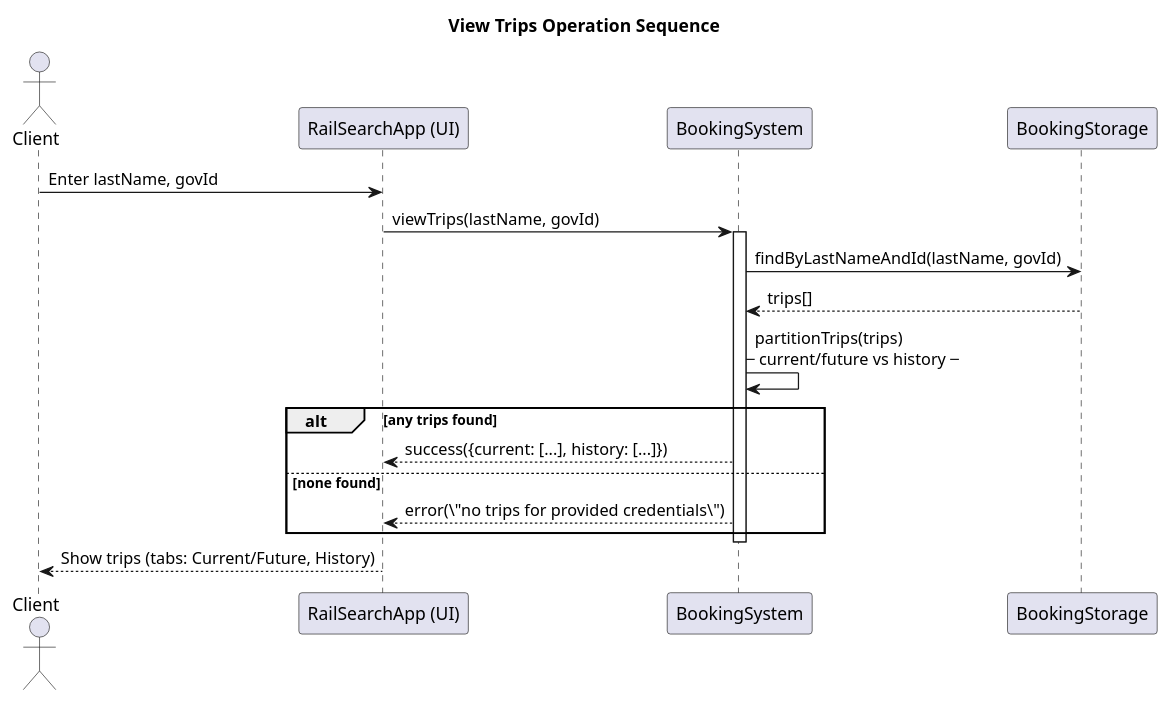
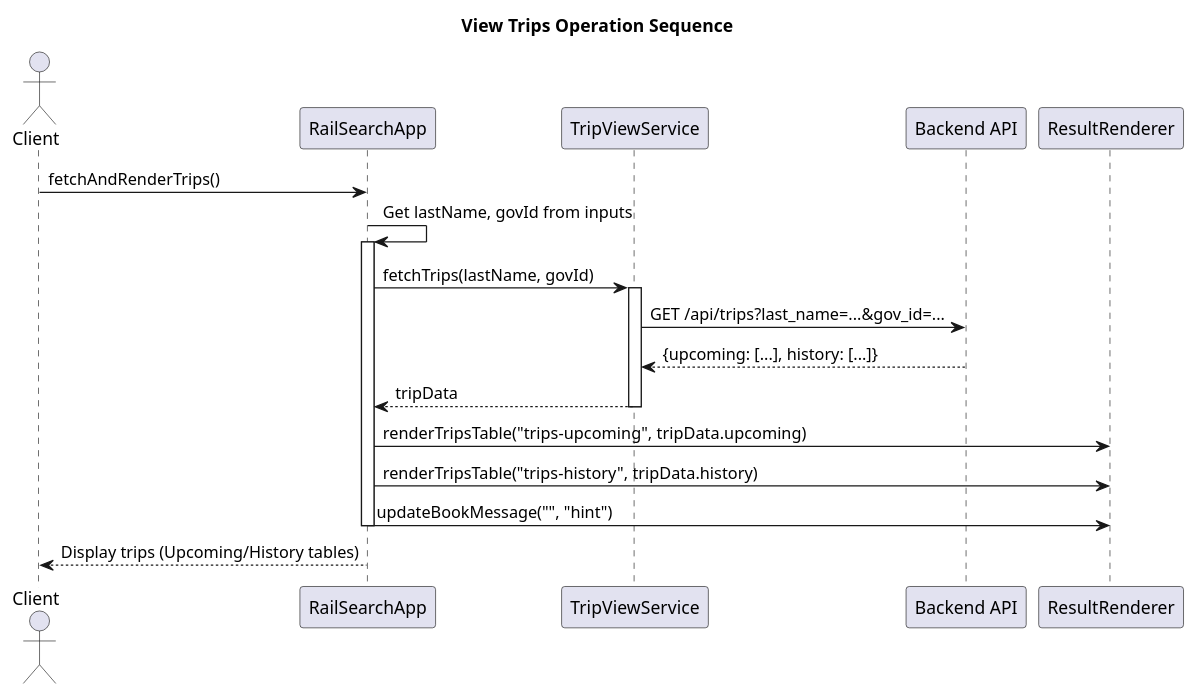
The diagram in docs/PlantUMLCode/viewTrips.puml (nicolas-zampieri/SOEN342), drawn with PlantUML before and after one commit. The commit also changed 800 other files, not shown here.

First line of the commit message:
Update system operation diagrams and PlantUML files

```diff
--- a/docs/PlantUMLCode/viewTrips.puml
+++ b/docs/PlantUMLCode/viewTrips.puml
@@ -1,26 +1,28 @@
 @startuml viewtrips
 title View Trips Operation Sequence  
 
 actor Client
-participant "RailSearchApp (UI)" as UI
-participant "BookingSystem" as BS
-participant "BookingStorage" as DB
+participant "RailSearchApp" as App
+participant "TripViewService" as TripSvc
+participant "Backend API" as API
+participant "ResultRenderer" as R
 
-Client -> UI: Enter lastName, govId
-UI -> BS: viewTrips(lastName, govId)
+Client -> App: fetchAndRenderTrips()
+App -> App: Get lastName, govId from inputs
 
-activate BS
-BS -> DB: findByLastNameAndId(lastName, govId)
-DB --> BS: trips[]
+activate App
+App -> TripSvc: fetchTrips(lastName, govId)
 
-BS -> BS: partitionTrips(trips)\n-- current/future vs history --
+activate TripSvc
+TripSvc -> API: GET /api/trips?last_name=...&gov_id=...
+API --> TripSvc: {upcoming: [...], history: [...]}
+TripSvc --> App: tripData
+deactivate TripSvc
 
-alt any trips found
-  BS --> UI: success({current: [...], history: [...]})
-else none found
-  BS --> UI: error(\"no trips for provided credentials\")
-end
-deactivate BS
+App -> R: renderTripsTable("trips-upcoming", tripData.upcoming)
+App -> R: renderTripsTable("trips-history", tripData.history)
+App -> R: updateBookMessage("", "hint")
+deactivate App
 
-UI --> Client: Show trips (tabs: Current/Future, History)
+App --> Client: Display trips (Upcoming/History tables)
 @enduml
```
